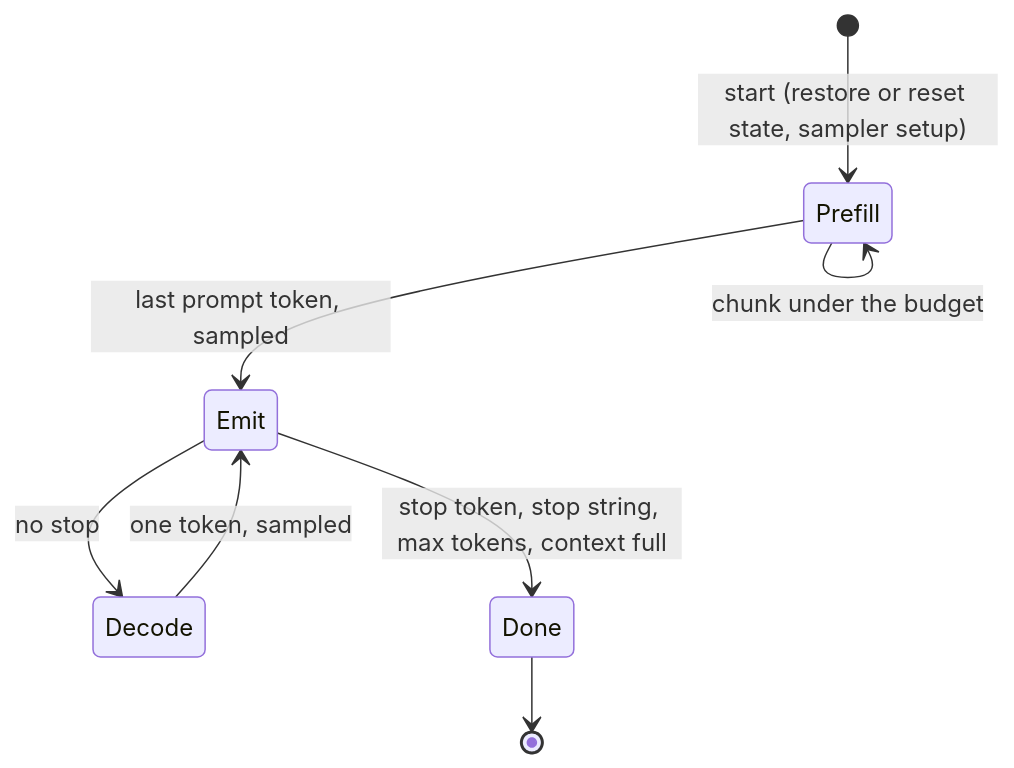
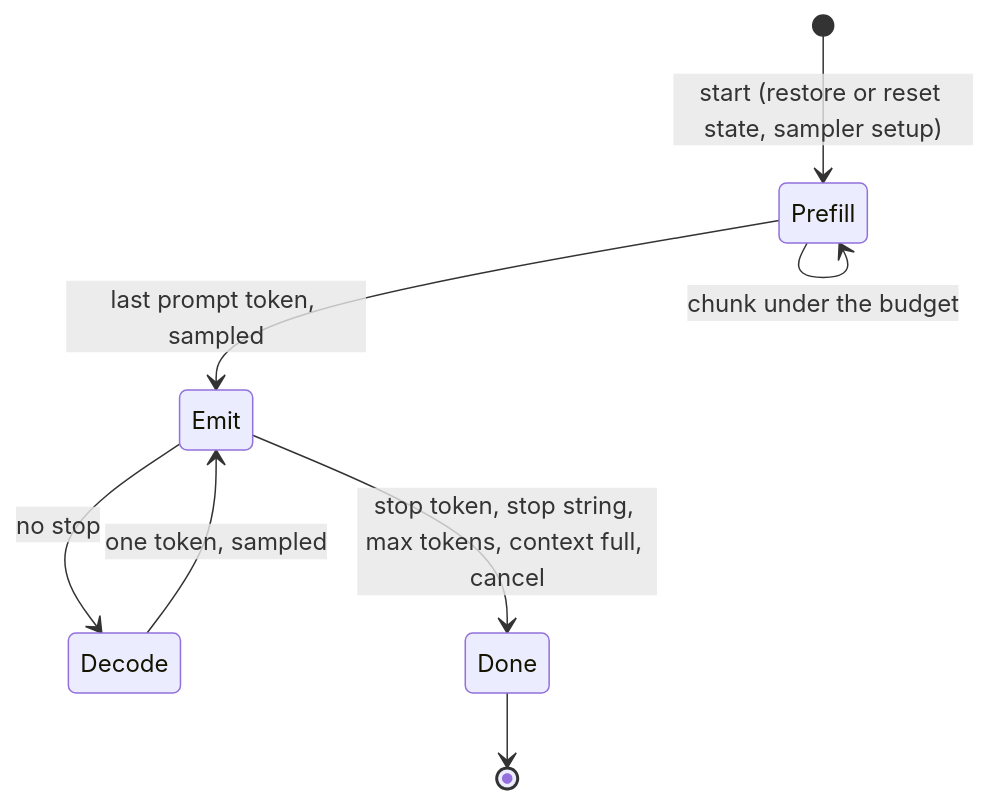
The diagram in docs/src/generation.md (mattneel/zllm), drawn with Mermaid before and after one commit. The commit also changed other lines of this file and 8 other files, not shown here.

````diff
--- a/docs/src/generation.md
+++ b/docs/src/generation.md
@@ -28,10 +40,10 @@
 ```mermaid
 stateDiagram-v2
   [*] --> Prefill: start (restore or reset state, sampler setup)
   Prefill --> Prefill: chunk under the budget
   Prefill --> Emit: last prompt token, sampled
   Decode --> Emit: one token, sampled
   Emit --> Decode: no stop
-  Emit --> Done: stop token, stop string, max tokens, context full
+  Emit --> Done: stop token, stop string, max tokens, context full, cancel
   Done --> [*]
 ```
````
